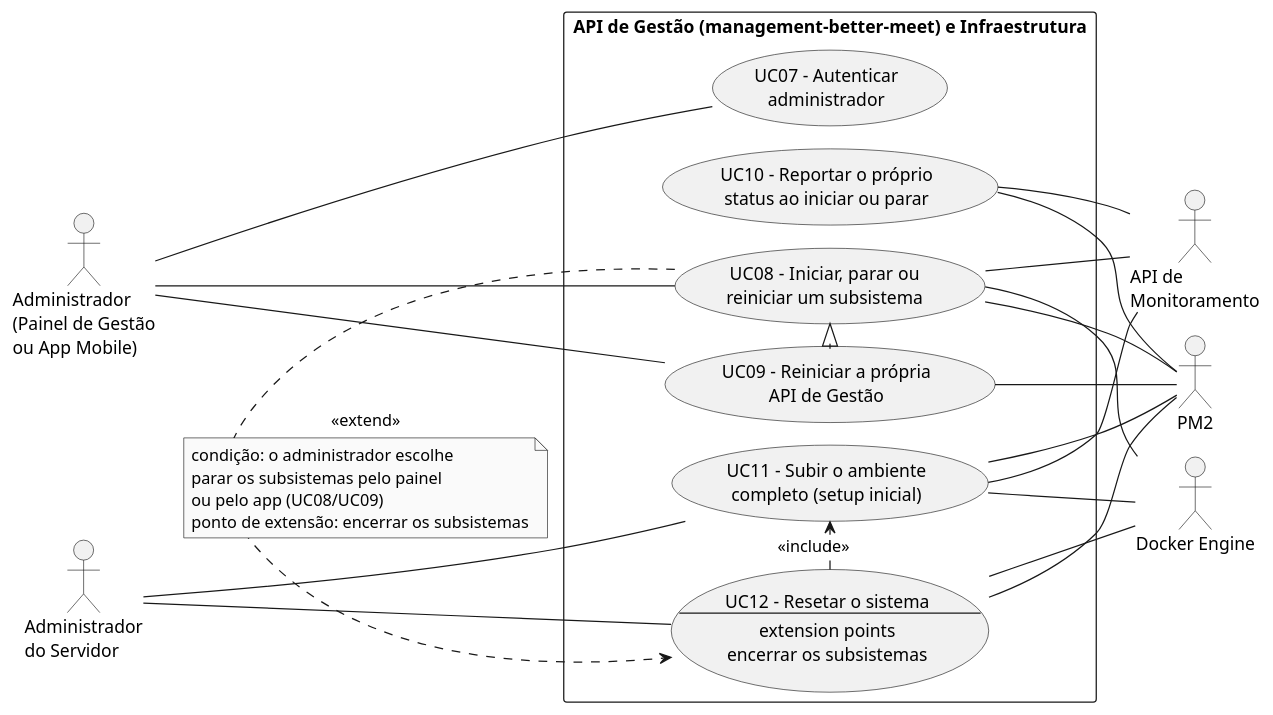
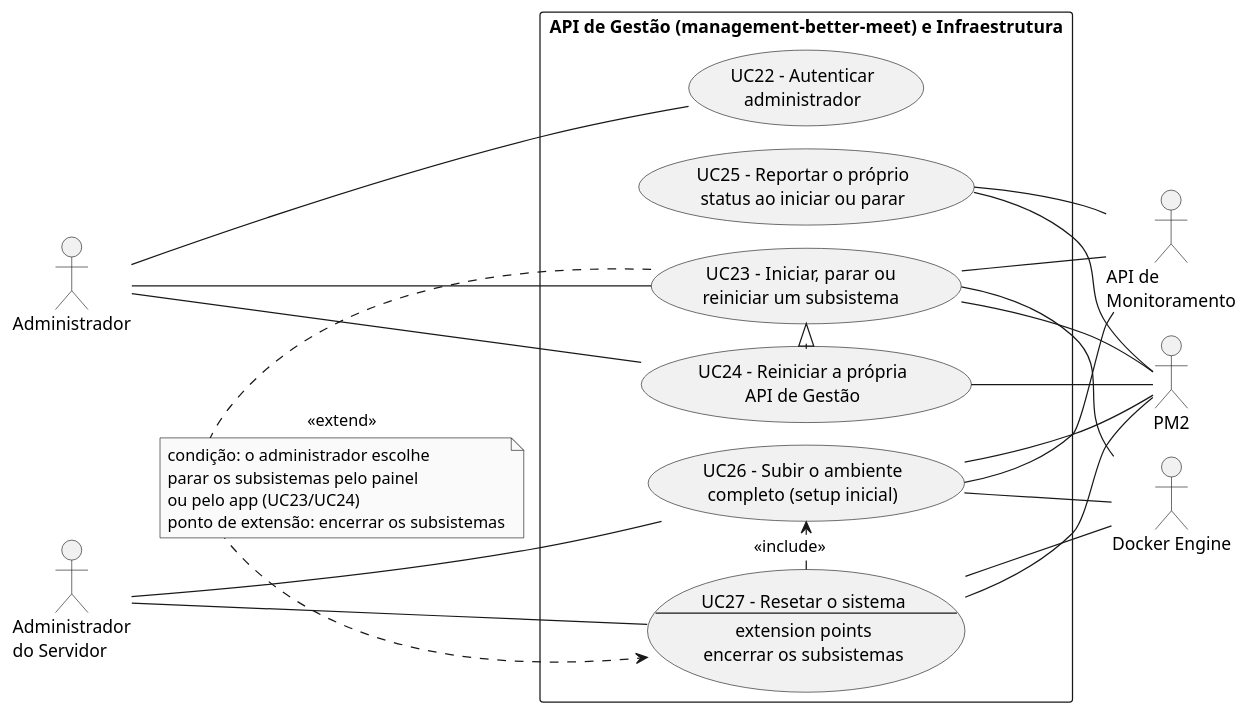
The diagram in documentos/entrega2_Di1/Diagramas/DCU-Gestao-Setup-Reset.puml (MiguelIFSP/BRTPDS2-PROJETO-E-DESENVOLVIMENTO-DE-SISTEMAS-2), drawn with PlantUML before and after one commit. The commit also changed 123 other files, not shown here.

```diff
--- a/documentos/entrega2_Di1/Diagramas/DCU-Gestao-Setup-Reset.puml
+++ b/documentos/entrega2_Di1/Diagramas/DCU-Gestao-Setup-Reset.puml
@@ -1,60 +1,58 @@
 @startuml DCU-Gestao-Setup-Reset
-' Diagrama de casos de uso (UML) — Reinicialização de Subsistemas, Setup Inicial e Reset (UC07–UC12)
+' Diagrama de casos de uso (UML) — Reinicialização de Subsistemas, Setup Inicial e Reset (UC22 a UC27)
 ' Gerar o SVG: java -jar plantuml.jar -tsvg "DCU-Gestao-Setup-Reset.puml"
 !pragma layout smetana
 left to right direction
 skinparam shadowing false
 skinparam monochrome true
 skinparam defaultFontName Arial
 skinparam packageStyle rectangle
 
-' Atores primários (à esquerda)
-actor "Administrador\n(Painel de Gestão\nou App Mobile)" as A1
+actor "Administrador" as A1
 actor "Administrador\ndo Servidor" as A0
 
 rectangle "API de Gestão (management-better-meet) e Infraestrutura" {
-  usecase "UC07 - Autenticar\nadministrador" as UC07
-  usecase "UC08 - Iniciar, parar ou\nreiniciar um subsistema" as UC08
-  usecase "UC09 - Reiniciar a própria\nAPI de Gestão" as UC09
-  usecase "UC10 - Reportar o próprio\nstatus ao iniciar ou parar" as UC10
-  usecase "UC11 - Subir o ambiente\ncompleto (setup inicial)" as UC11
-  usecase "UC12 - Resetar o sistema\n--\nextension points\nencerrar os subsistemas" as UC12
+  usecase "UC22 - Autenticar\nadministrador" as UC22
+  usecase "UC23 - Iniciar, parar ou\nreiniciar um subsistema" as UC23
+  usecase "UC24 - Reiniciar a própria\nAPI de Gestão" as UC24
+  usecase "UC25 - Reportar o próprio\nstatus ao iniciar ou parar" as UC25
+  usecase "UC26 - Subir o ambiente\ncompleto (setup inicial)" as UC26
+  usecase "UC27 - Resetar o sistema\n--\nextension points\nencerrar os subsistemas" as UC27
 }
 
-' Atores secundários (à direita)
 actor "PM2" as A2
 actor "Docker Engine" as A3
 actor "API de\nMonitoramento" as A4
 
-A1 -- UC07
-A1 -- UC08
-A1 -- UC09
-A0 -- UC11
-A0 -- UC12
+A1 -- UC22
+A1 -- UC23
+A1 -- UC24
+A0 -- UC26
+A0 -- UC27
 
-' UC09 é um caso especial (especialização) do UC08
-UC09 -|> UC08
+' UC24 é um caso especial (especialização) do UC23
+UC24 -|> UC23
 
 ' Parar pelo painel/app é opcional dentro do reset
-UC08 .> UC12 : <<extend>>
+UC23 .> UC27 : <<extend>>
 note on link
   condição: o administrador escolhe
   parar os subsistemas pelo painel
-  ou pelo app (UC08/UC09)
+  ou pelo app (UC23/UC24)
   ponto de extensão: encerrar os subsistemas
 end note
 ' A reinicialização faz parte do fluxo principal do reset
-UC12 .> UC11 : <<include>>
+UC27 .> UC26 : <<include>>
 
-UC08 -- A2
-UC08 -- A3
-UC08 -- A4
-UC09 -- A2
-UC10 -- A2
-UC10 -- A4
-UC11 -- A2
-UC11 -- A3
-UC11 -- A4
-UC12 -- A2
-UC12 -- A3
+UC23 -- A2
+UC23 -- A3
+UC23 -- A4
+UC24 -- A2
+UC25 -- A2
+UC25 -- A4
+UC26 -- A2
+UC26 -- A3
+UC26 -- A4
+UC27 -- A2
+UC27 -- A3
 @enduml
```
